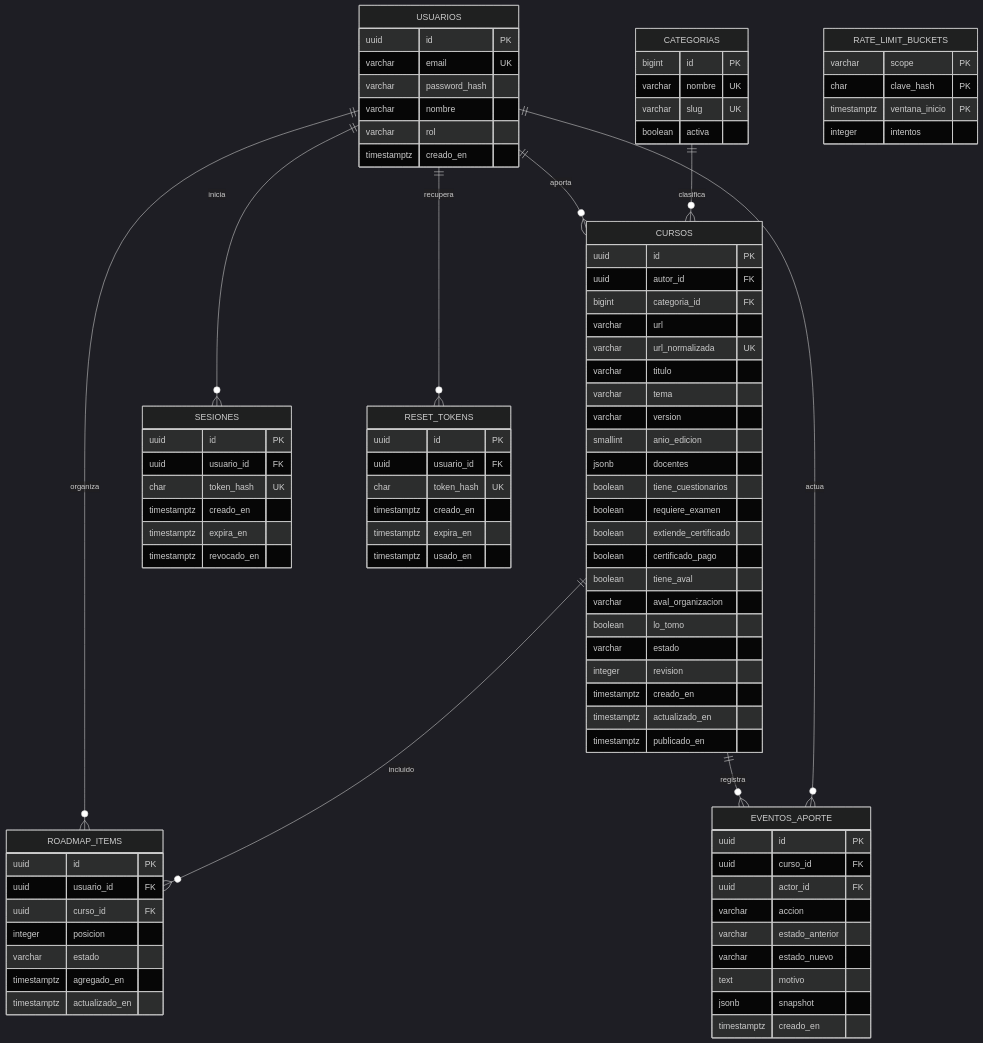
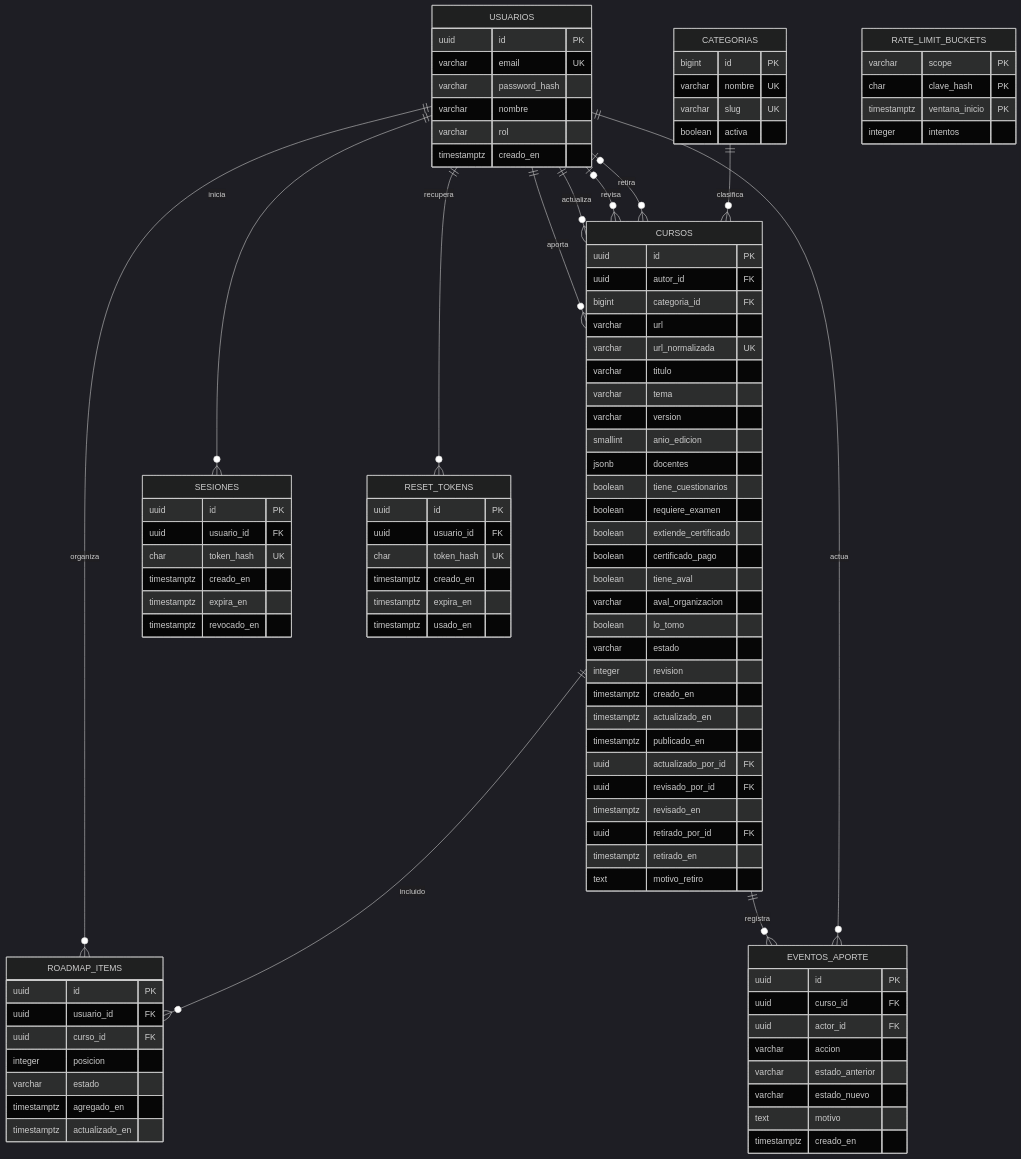
Before and after one commit to martibelen99/roadmap-cursos: the first of 2 diagrams in docs/BackendSchema.md, drawn with Mermaid (dark theme). The commit also changed other lines of this file and 7 other files, not shown here.

````diff
--- a/docs/BackendSchema.md
+++ b/docs/BackendSchema.md
@@ -9,6 +9,9 @@
 ```mermaid
 erDiagram
     USUARIOS ||--o{ CURSOS : aporta
+    USUARIOS ||--o{ CURSOS : actualiza
+    USUARIOS o|--o{ CURSOS : revisa
+    USUARIOS o|--o{ CURSOS : retira
     CATEGORIAS ||--o{ CURSOS : clasifica
     USUARIOS ||--o{ ROADMAP_ITEMS : organiza
     CURSOS ||--o{ ROADMAP_ITEMS : incluido
@@ -53,6 +56,12 @@
         timestamptz creado_en
         timestamptz actualizado_en
         timestamptz publicado_en
+        uuid actualizado_por_id FK
+        uuid revisado_por_id FK
+        timestamptz revisado_en
+        uuid retirado_por_id FK
+        timestamptz retirado_en
+        text motivo_retiro
     }
     EVENTOS_APORTE {
         uuid id PK
@@ -62,7 +71,6 @@
         varchar estado_anterior
         varchar estado_nuevo
         text motivo
-        jsonb snapshot
         timestamptz creado_en
     }
     ROADMAP_ITEMS {
````
